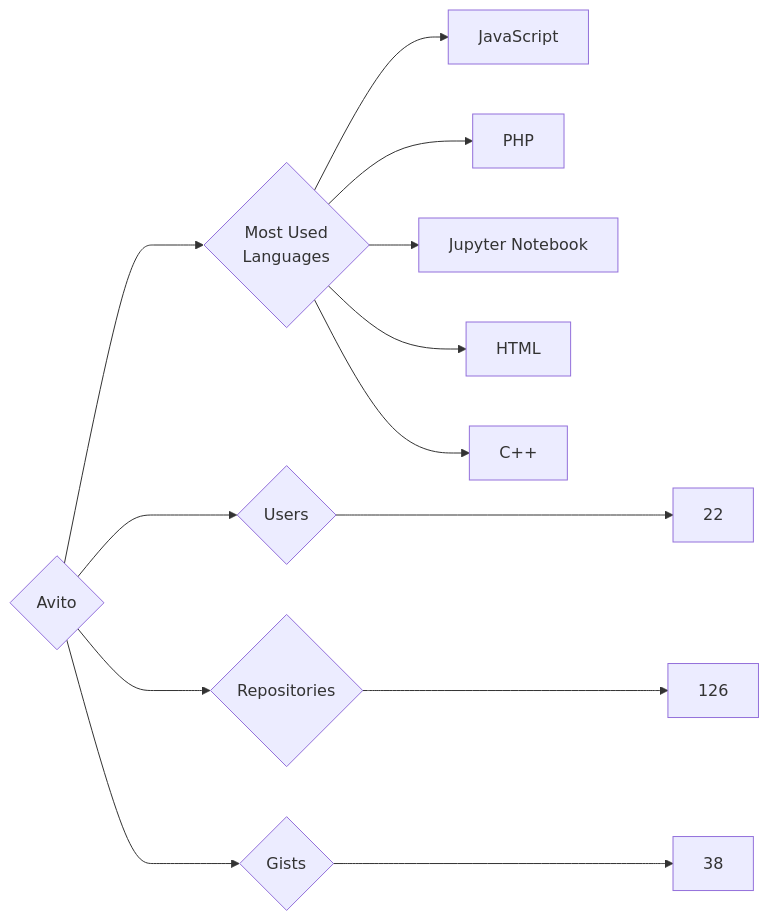
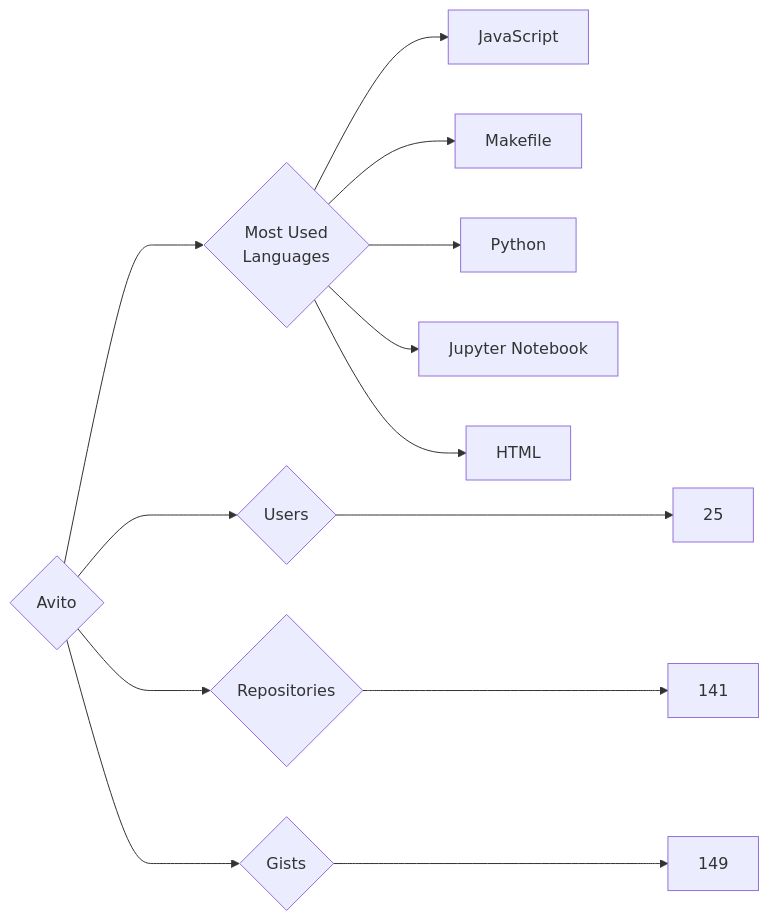
One commit to trickest/insiders changed the diagram in targets/Avito/README.md. Above: the diagram before and after it, drawn with Mermaid. The commit also changed 823 other files, not shown here.

````diff
--- a/targets/Avito/README.md
+++ b/targets/Avito/README.md
@@ -3,13 +3,13 @@
 ```mermaid
 graph LR
 COMPANY_NAME{Avito}
-COMPANY_NAME ---> U{Users} ---> UN[22]
-COMPANY_NAME ---> R{Repositories} ---> RN[126]
-COMPANY_NAME ---> G{Gists} ---> GN[38]
+COMPANY_NAME ---> U{Users} ---> UN[25]
+COMPANY_NAME ---> R{Repositories} ---> RN[141]
+COMPANY_NAME ---> G{Gists} ---> GN[149]
 COMPANY_NAME ---> ML{Most Used<br>Languages}
 ML --> JavaScript[JavaScript]
-ML --> PHP[PHP]
+ML --> Makefile[Makefile]
+ML --> Python[Python]
 ML --> Jupyter_Notebook[Jupyter Notebook]
 ML --> HTML[HTML]
-ML --> C++[C++]
 ```
````
